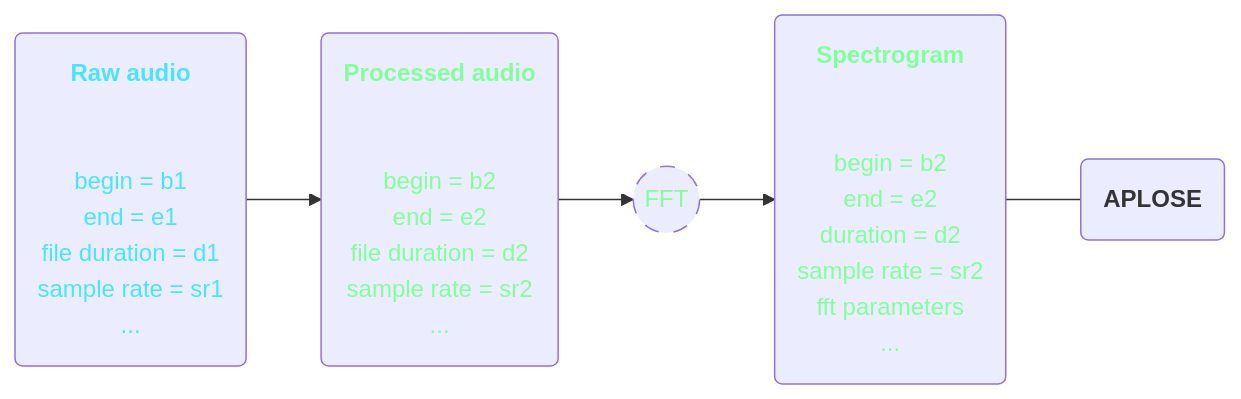
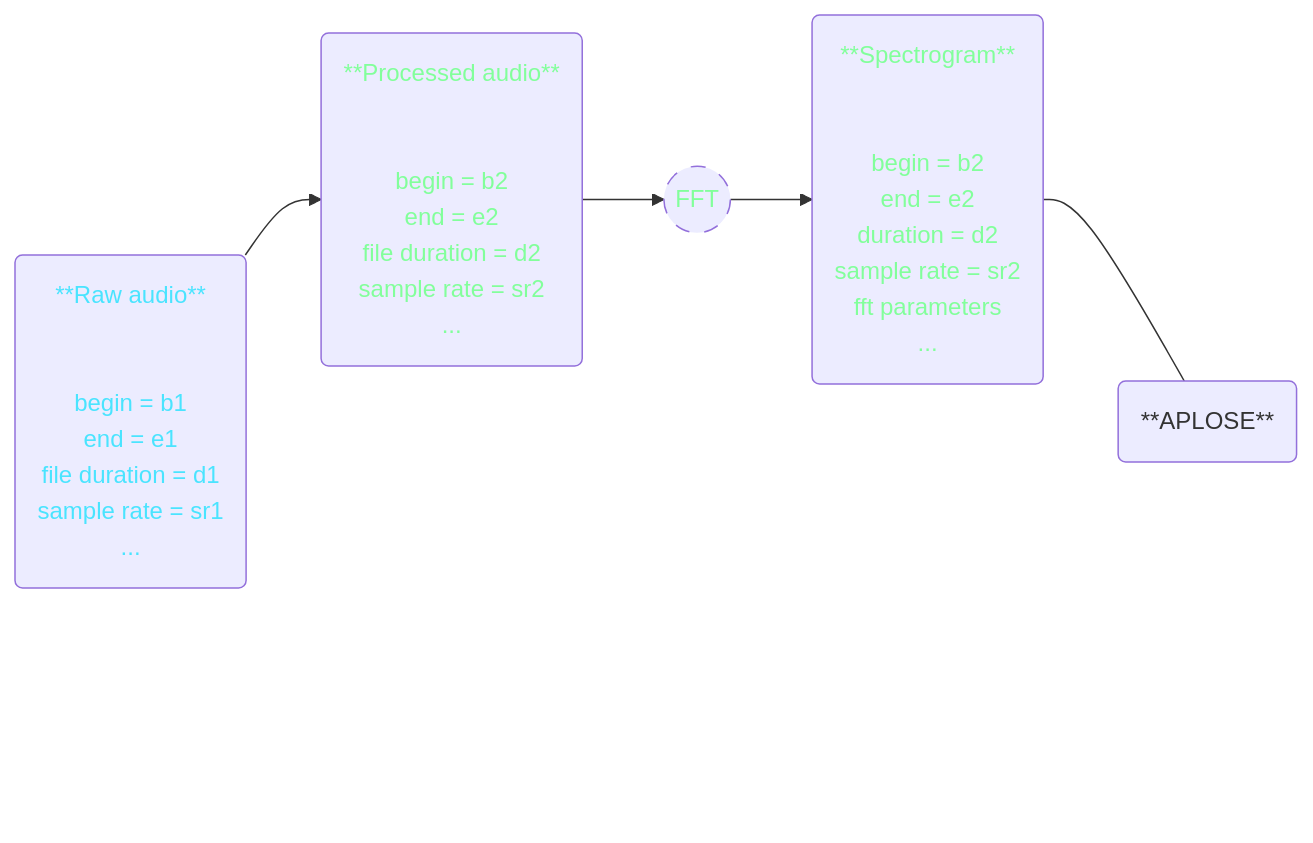
Before and after one commit to Gautzilla/OSEkit_rework_presentation: the fourth of 5 diagrams in slides/objectif.qmd, drawn with Mermaid. The commit also changed other lines of this file and 11 other files, not shown here.

Commit message:
better mermaid graphs

````diff
--- a/slides/objectif.qmd
+++ b/slides/objectif.qmd
@@ -83,39 +216,67 @@
 ```{mermaid}
 flowchart LR
-  raw("`**Raw audio**`"
+  raw(**Raw audio**
   <br>
   begin = b1
   end = e1
   file duration = d1
   sample rate = sr1
   ...
   ) 
-  --> 
-  processed("`**Processed audio**`"
+  -->
+  processed(**Processed audio**
   <br>
   begin = b2
   end = e2
   file duration = d2
   sample rate = sr2
   ...
   ) 
   -->
   FFT((FFT))
   -->
-  spectro("`**Spectrogram**`"
+  spectro(**Spectrogram**
   <br>
   begin = b2
   end = e2
   duration = d2
   sample rate = sr2
   fft parameters
   ...
   ) 
   ---
-  aplose("`**APLOSE**`") 
+  aplose(**APLOSE**) 
+
+  raw
+  ~~~
+  processed2(Processed audio
+  <br>
+  begin = b3
+  end = e3
+  file duration = d3
+  sample rate = sr3
+  ...
+  ) 
+  ~~~
+  FFT2((FFT2))
+  ~~~
+  spectro2(Spectrogram
+  <br>
+  begin = b3
+  end = e3
+  duration = d3
+  sample rate = sr3
+  fft2 parameters
+  ...
+  ) 
+  ~~~
+  aplose
 
   style raw color:#4ae4ff
   style processed color:#82ff9b
   style spectro color:#82ff9b
   style FFT stroke-width:1px,stroke-dasharray: 10, color: #82ff9b
+  style processed2 opacity:0%,color:#0000
+  style spectro2 opacity:0%,color:#0000
+  style FFT2 opacity:0%,color:#0000
 ```
````
